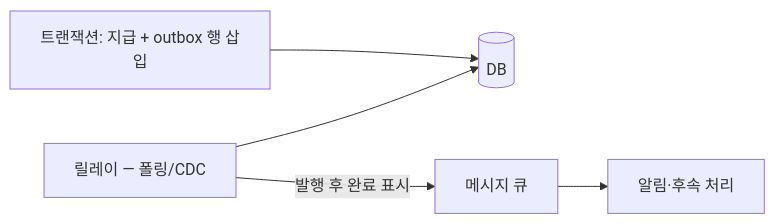
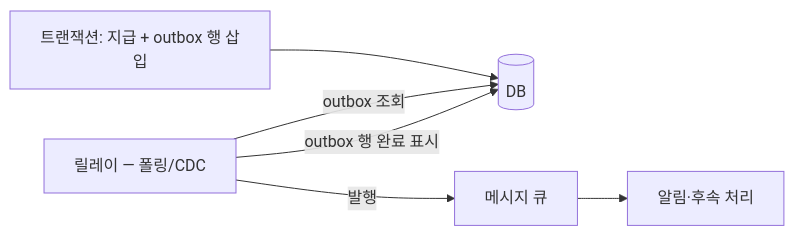
The second of 2 diagrams in db/part04_economy_integrity.md (Rein-ArXiv/game-dev-curriculum), drawn with Mermaid before and after one commit. The commit also changed other lines of this file and 279 other files, not shown here.

````diff
--- a/db/part04_economy_integrity.md
+++ b/db/part04_economy_integrity.md
@@ -218,7 +227,8 @@
 ```mermaid
 flowchart LR
     T[트랜잭션: 지급 + outbox 행 삽입] --> DB[(DB)]
-    R[릴레이 — 폴링/CDC] --> DB
-    R -->|발행 후 완료 표시| Q[메시지 큐]
+    R[릴레이 — 폴링/CDC] -->|outbox 조회| DB
+    R -->|outbox 행 완료 표시| DB
+    R -->|발행| Q[메시지 큐]
     Q --> W[알림·후속 처리]
 ```
````
